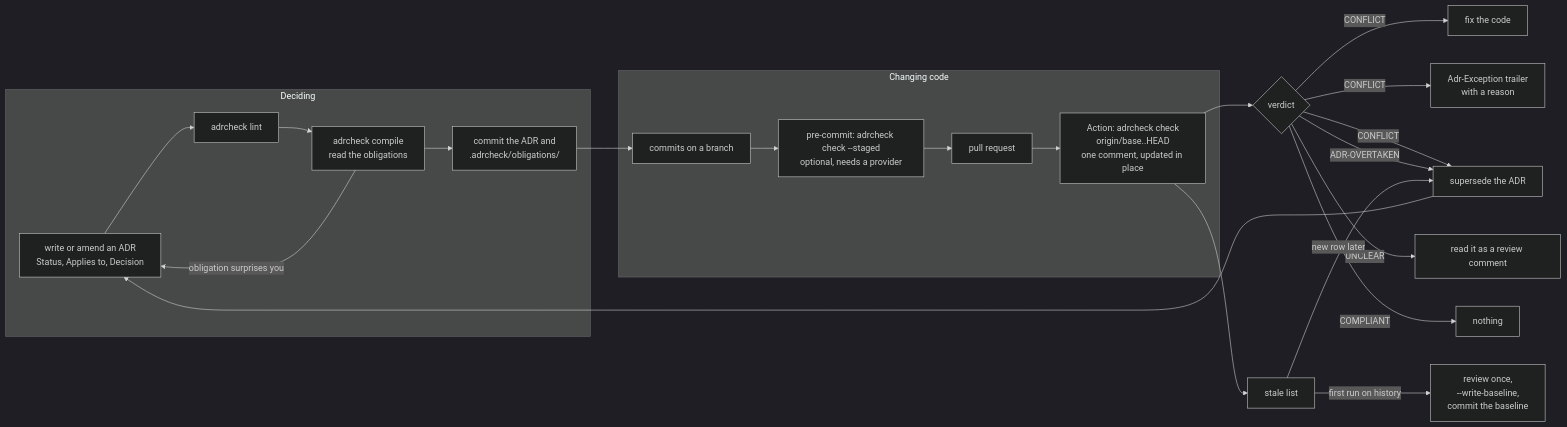
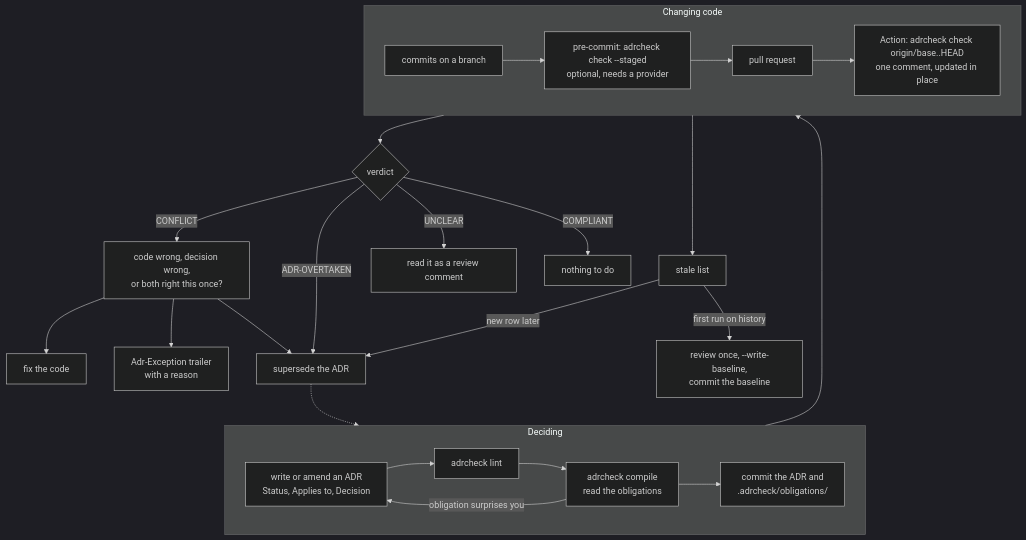
The second of 2 diagrams in docs/workflow.md (kevin-burns/adrcheck), drawn with Mermaid (dark theme) before and after one commit.

Commit message:
docs(workflow): second diagram top-down; one CONFLICT branch with three exits

````diff
--- a/docs/workflow.md
+++ b/docs/workflow.md
@@ -45,26 +45,29 @@
 ```mermaid
-flowchart LR
+flowchart TD
     subgraph write [Deciding]
+        direction LR
         D[write or amend an ADR<br/>Status, Applies to, Decision] --> LN[adrcheck lint]
         LN --> CP[adrcheck compile<br/>read the obligations]
         CP -- obligation surprises you --> D
         CP --> CM[commit the ADR and<br/>.adrcheck/obligations/]
     end
     subgraph change [Changing code]
+        direction LR
         CO[commits on a branch] --> PC["pre-commit: adrcheck check --staged<br/>optional, needs a provider"]
         PC --> PR[pull request]
-        PR --> GA["Action: adrcheck check<br/>origin/base..HEAD<br/>one comment, updated in place"]
+        PR --> GA["Action: adrcheck check origin/base..HEAD<br/>one comment, updated in place"]
     end
-    CM --> CO
+    write --> change
     GA --> V{verdict}
-    V -- CONFLICT --> F1[fix the code]
-    V -- CONFLICT --> F2[Adr-Exception trailer<br/>with a reason]
-    V -- CONFLICT --> F3[supersede the ADR]
+    GA --> ST[stale list]
+    V -- CONFLICT --> Q[code wrong, decision wrong,<br/>or both right this once?]
+    Q --> F1[fix the code]
+    Q --> F2[Adr-Exception trailer<br/>with a reason]
+    Q --> F3[supersede the ADR]
     V -- ADR-OVERTAKEN --> F3
     V -- UNCLEAR --> F4[read it as a review comment]
-    V -- COMPLIANT --> F5[nothing]
-    GA --> ST[stale list]
-    ST -- first run on history --> BL["review once,<br/>--write-baseline,<br/>commit the baseline"]
+    V -- COMPLIANT --> F5[nothing to do]
+    ST -- first run on history --> BL["review once, --write-baseline,<br/>commit the baseline"]
     ST -- new row later --> F3
-    F3 --> D
+    F3 -.-> D
 ```
````
